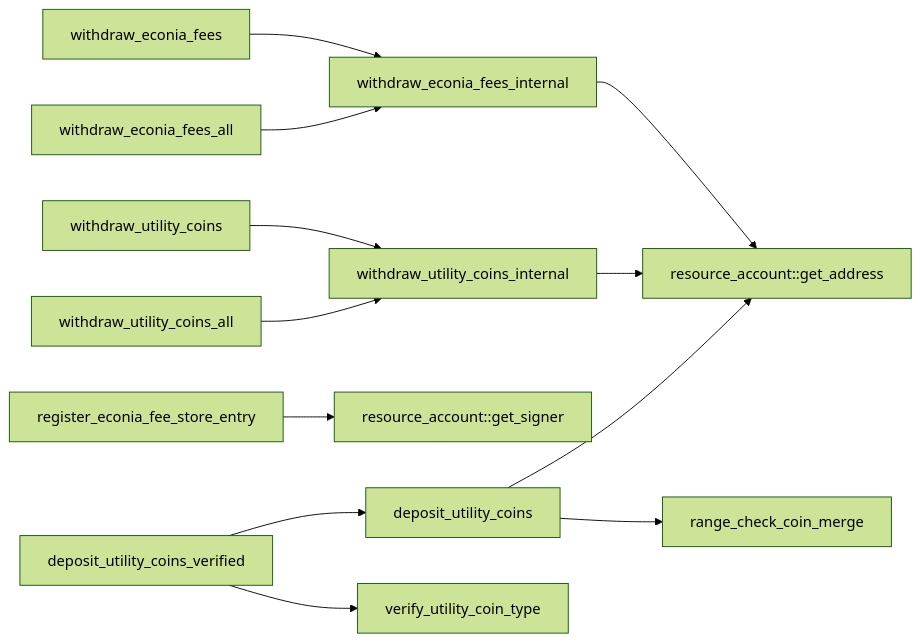
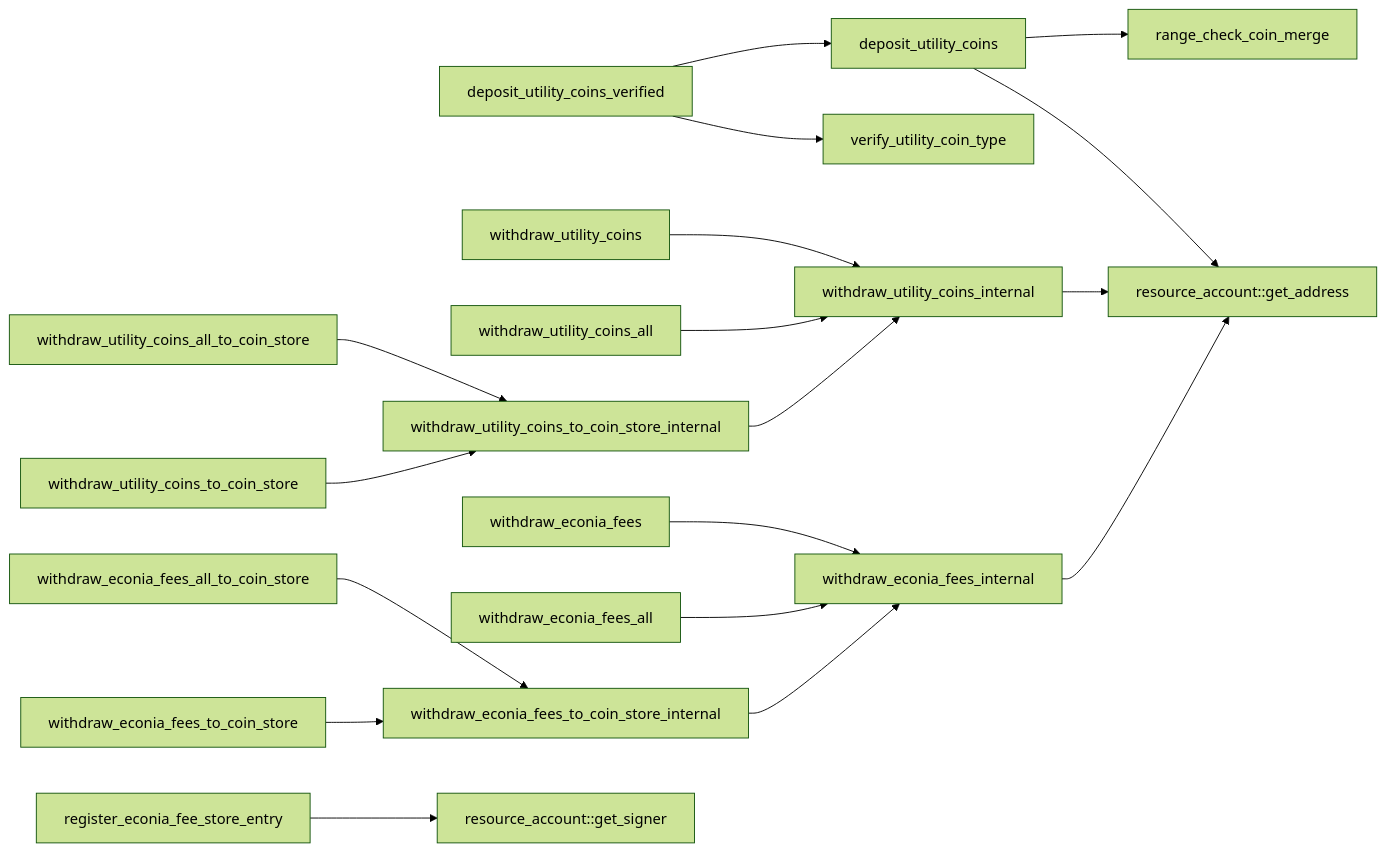
The second of 5 diagrams in src/move/econia/build/Econia/docs/incentives.md (econia-labs/econia), drawn with Mermaid (forest theme) before and after one commit. The commit also changed other lines of this file and 2 other files, not shown here.

Commit message:
Add coinstore operations, update flow charts

````diff
--- a/src/move/econia/build/Econia/docs/incentives.md
+++ b/src/move/econia/build/Econia/docs/incentives.md
@@ -137,17 +141,29 @@
 ```mermaid
 
 flowchart LR
 
-withdraw_econia_fees --> withdraw_econia_fees_internal
-withdraw_econia_fees_all --> withdraw_econia_fees_internal
-withdraw_econia_fees_internal --> resource_account::get_address
-withdraw_utility_coins --> withdraw_utility_coins_internal
-withdraw_utility_coins_all --> withdraw_utility_coins_internal
-withdraw_utility_coins_internal --> resource_account::get_address
-register_econia_fee_store_entry --> resource_account::get_signer
 deposit_utility_coins --> resource_account::get_address
 deposit_utility_coins --> range_check_coin_merge
 deposit_utility_coins_verified --> verify_utility_coin_type
 deposit_utility_coins_verified --> deposit_utility_coins
+withdraw_utility_coins --> withdraw_utility_coins_internal
+withdraw_utility_coins_all --> withdraw_utility_coins_internal
+withdraw_utility_coins_all_to_coin_store -->
+withdraw_utility_coins_to_coin_store_internal
+withdraw_utility_coins_to_coin_store -->
+withdraw_utility_coins_to_coin_store_internal
+withdraw_utility_coins_to_coin_store_internal -->
+withdraw_utility_coins_internal
+withdraw_utility_coins_internal --> resource_account::get_address
+withdraw_econia_fees --> withdraw_econia_fees_internal
+withdraw_econia_fees_all --> withdraw_econia_fees_internal
+withdraw_econia_fees_internal --> resource_account::get_address
+withdraw_econia_fees_all_to_coin_store -->
+withdraw_econia_fees_to_coin_store_internal
+withdraw_econia_fees_to_coin_store -->
+withdraw_econia_fees_to_coin_store_internal
+withdraw_econia_fees_to_coin_store_internal -->
+withdraw_econia_fees_internal
+register_econia_fee_store_entry --> resource_account::get_signer
 
 ```
````
